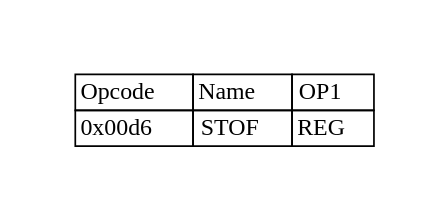
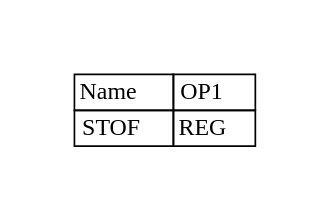
One commit to adesutherland/CREXX changed the diagram in docs/books/crexx_vm_spec/svg/stof.gv. Above: the diagram before and after it, drawn with Graphviz. The commit also changed 319 other files, not shown here.

```diff
--- a/docs/books/crexx_vm_spec/svg/stof.gv
+++ b/docs/books/crexx_vm_spec/svg/stof.gv
@@ -1,9 +1,9 @@
 digraph{
 graph [pad="0.5", nodesep="0.5", ranksep="2" ]
-node[shape=plain]
+node [shape=plain]
 Foo [label=<
 <table border="0" cellborder="1" cellspacing="0">
-<tr><td> Opcode </td> <td> Name </td> <td> OP1 </td> </tr>
-<tr><td> 0x00d6 </td><td> STOF </td><td> REG </td> </tr>
+<tr><td> Name </td> <td> OP1 </td> </tr>
+<tr><td> STOF </td><td> REG </td> </tr>
 </table>>];
 }
```
